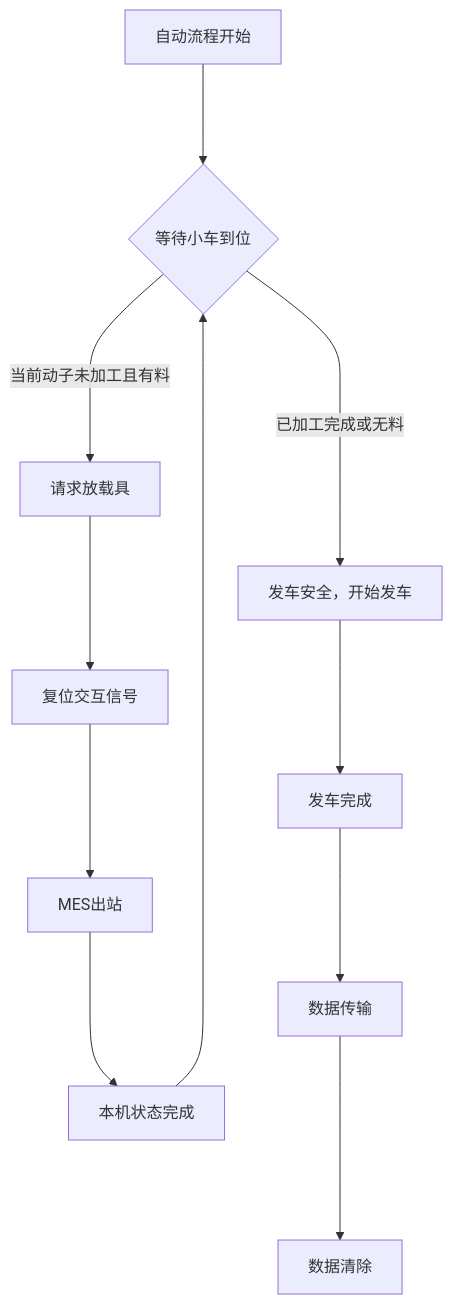
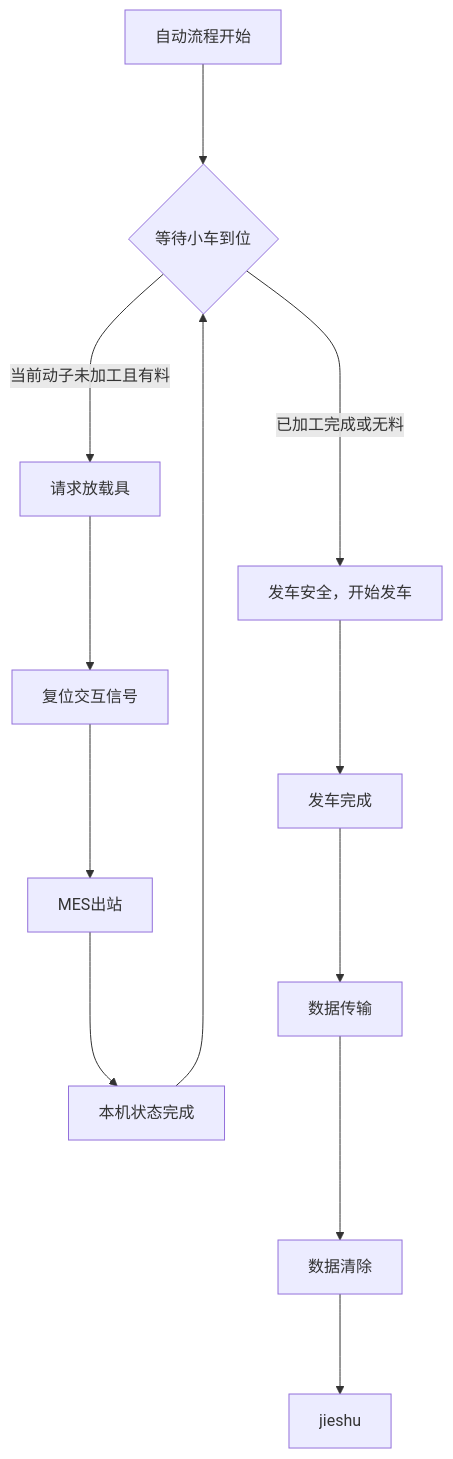
The diagram in all/OP70工位9磁悬浮交互工位.md (zmq000/iodraw-files), drawn with Mermaid before and after one commit.

Commit message:
2026-06-17 18:55:13 update

````diff
--- a/all/OP70工位9磁悬浮交互工位.md
+++ b/all/OP70工位9磁悬浮交互工位.md
@@ -1,15 +1,16 @@
 ```mermaid
 graph TD
 自动流程开始--->10
 10{等待小车到位}--->|当前动子未加工且有料|100
 10---->|已加工完成或无料|200
 100[请求放载具]--->110
 110[复位交互信号]--->120
 120[MES出站]--->130
 130[本机状态完成]--->10
 200[发车安全，开始发车]--->210
 210[发车完成]--->220
 220[数据传输]---->230
-230[数据清除]
+230[数据清除]--->240
+240[jieshu]
   
 ```
````
